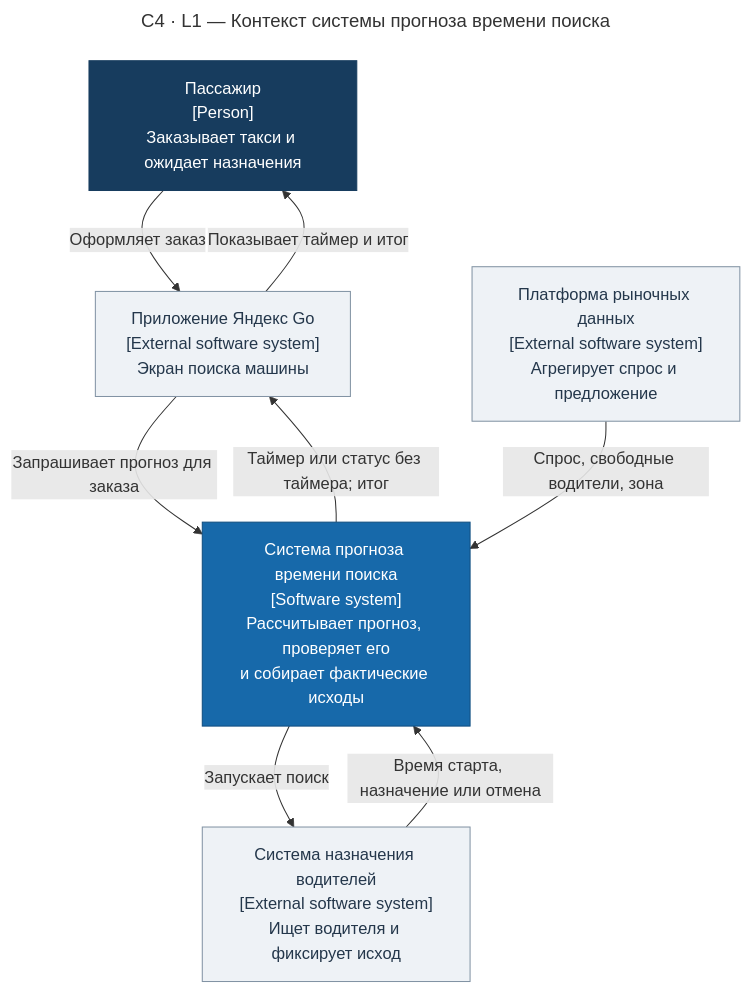
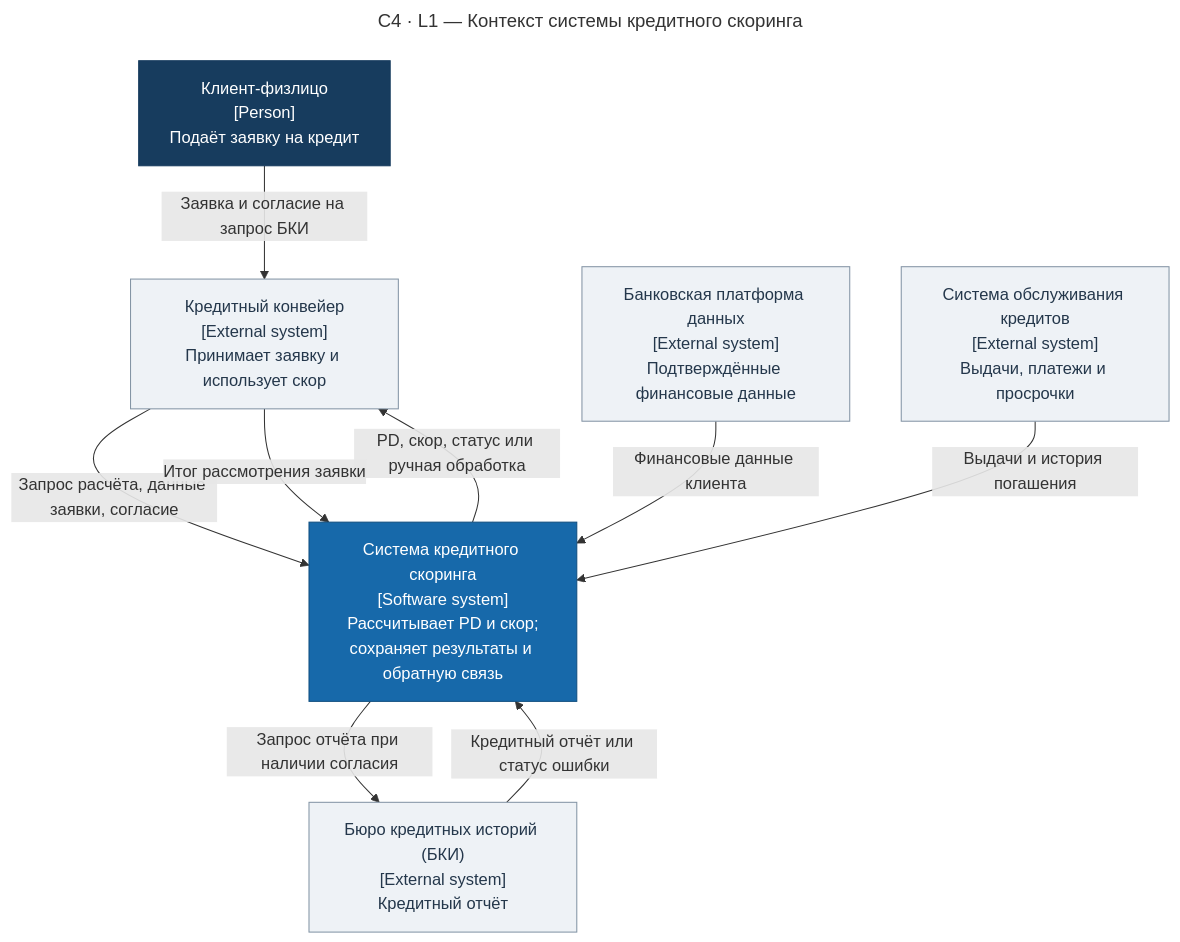
One commit to SASHASTATION/hw6_gubich changed the diagram in diagrams/c4-context.mmd. Above: the diagram before and after it, drawn with Mermaid. The commit also changed 9 other files, not shown here.

```diff
--- a/diagrams/c4-context.mmd
+++ b/diagrams/c4-context.mmd
@@ -1,20 +1,22 @@
 ---
-title: 'C4 · L1 — Контекст системы прогноза времени поиска'
+title: 'C4 · L1 — Контекст системы кредитного скоринга'
 ---
 flowchart TB
-  P["Пассажир<br/>[Person]<br/>Заказывает такси и ожидает назначения"]
-  A["Приложение Яндекс Go<br/>[External software system]<br/>Экран поиска машины"]
-  S["Система прогноза времени поиска<br/>[Software system]<br/>Рассчитывает прогноз, проверяет его<br/>и собирает фактические исходы"]
-  D["Система назначения водителей<br/>[External software system]<br/>Ищет водителя и фиксирует исход"]
-  M["Платформа рыночных данных<br/>[External software system]<br/>Агрегирует спрос и предложение"]
-  P -->|Оформляет заказ| A
-  A -->|Показывает таймер и итог| P
-  A -->|Запрашивает прогноз для заказа| S
-  S -->|Таймер или статус без таймера; итог| A
-  S -->|Запускает поиск| D
-  D -->|Время старта, назначение или отмена| S
-  M -->|Спрос, свободные водители, зона| S
+  P["Клиент-физлицо<br/>[Person]<br/>Подаёт заявку на кредит"]
+  U["Кредитный конвейер<br/>[External system]<br/>Принимает заявку и использует скор"]
+  S["Система кредитного скоринга<br/>[Software system]<br/>Рассчитывает PD и скор;<br/>сохраняет результаты и обратную связь"]
+  D["Банковская платформа данных<br/>[External system]<br/>Подтверждённые финансовые данные"]
+  B["Бюро кредитных историй (БКИ)<br/>[External system]<br/>Кредитный отчёт"]
+  L["Система обслуживания кредитов<br/>[External system]<br/>Выдачи, платежи и просрочки"]
+  P -->|Заявка и согласие на запрос БКИ| U
+  U -->|Запрос расчёта, данные заявки, согласие| S
+  S -->|PD, скор, статус или ручная обработка| U
+  U -->|Итог рассмотрения заявки| S
+  D -->|Финансовые данные клиента| S
+  S -->|Запрос отчёта при наличии согласия| B
+  B -->|Кредитный отчёт или статус ошибки| S
+  L -->|Выдачи и история погашения| S
   classDef person fill:#173c5e,color:#ffffff,stroke:#173c5e;
   classDef system fill:#1769aa,color:#ffffff,stroke:#104e80;
   classDef external fill:#eef2f6,color:#24374b,stroke:#8293a4;
-  class P person; class S system; class A,D,M external;
+  class P person; class S system; class U,D,B,L external;
```
